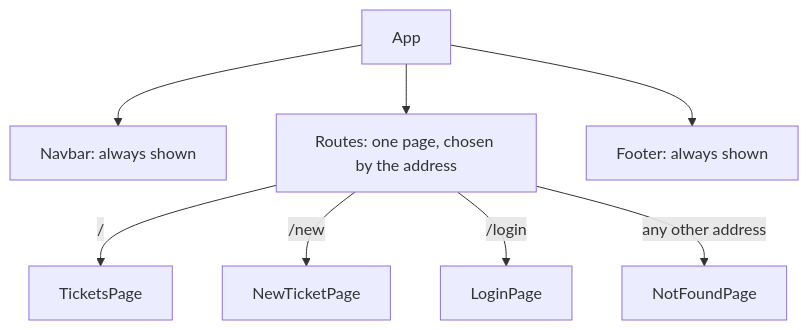
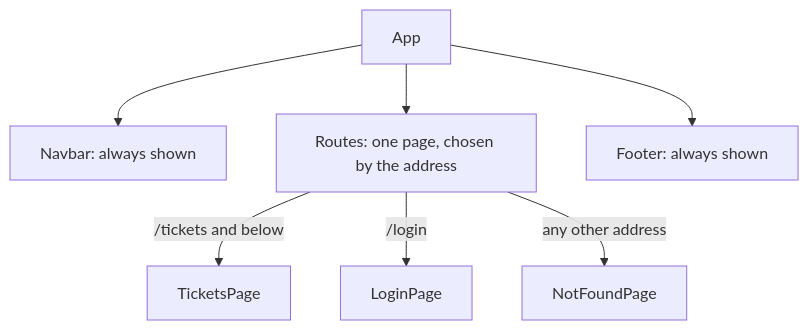
The first of 2 diagrams in frontend-and-react-js/14-navigation-with-react-router.md (codewithramanuj/bsp-classroom-repo), drawn with Mermaid before and after one commit. The commit also changed other lines of this file and 37 other files, not shown here.

````diff
--- a/frontend-and-react-js/14-navigation-with-react-router.md
+++ b/frontend-and-react-js/14-navigation-with-react-router.md
@@ -40,10 +41,9 @@
 ```mermaid
 flowchart TB
     app["App"] --> navbar["Navbar: always shown"]
     app --> routes["Routes: one page, chosen by the address"]
     app --> footer["Footer: always shown"]
-    routes -->|"/"| tickets["TicketsPage"]
-    routes -->|"/new"| newticket["NewTicketPage"]
+    routes -->|"/tickets and below"| tickets["TicketsPage"]
     routes -->|"/login"| login["LoginPage"]
     routes -->|"any other address"| notfound["NotFoundPage"]
 ```
````
